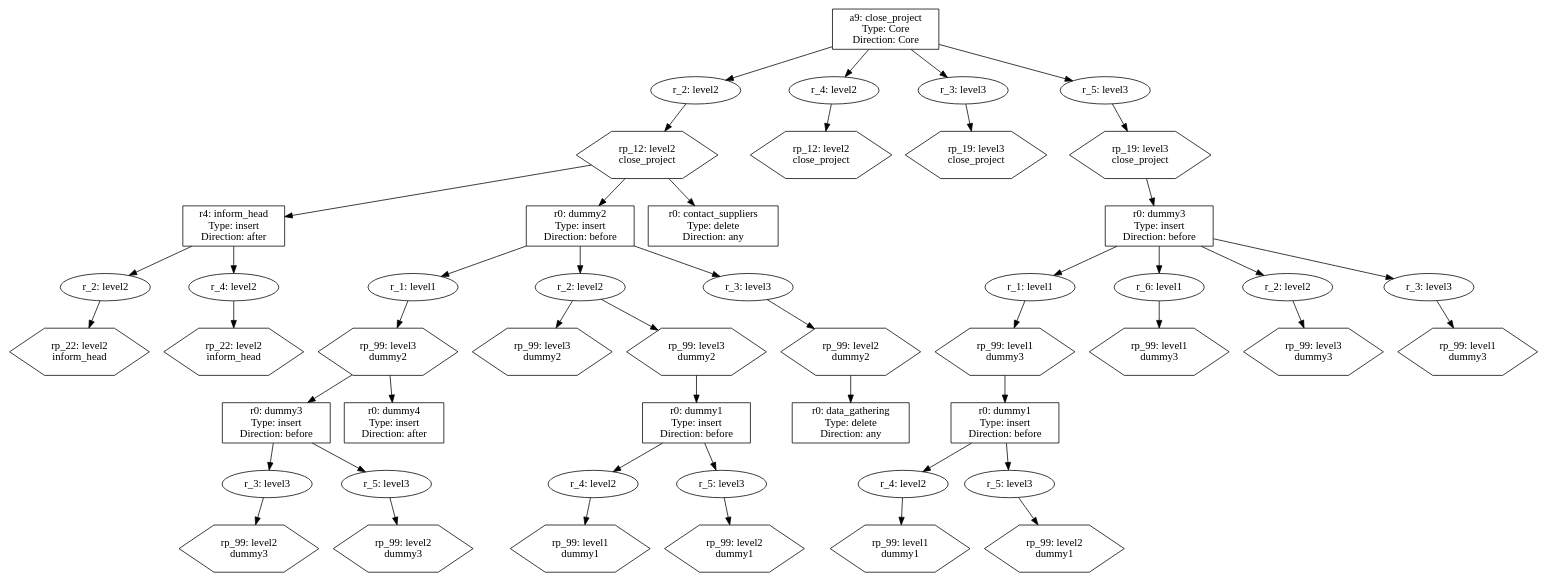
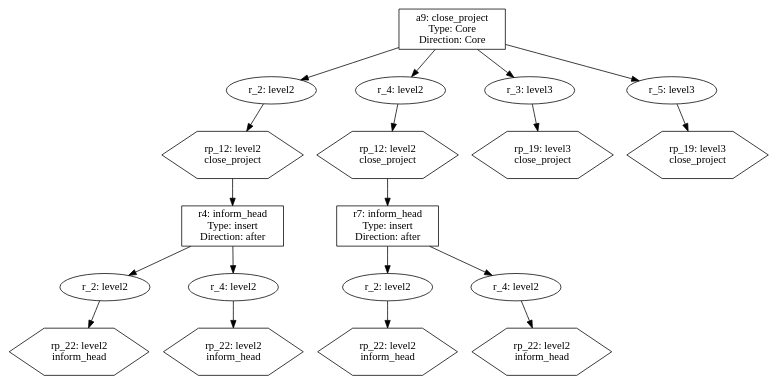
One commit to Schlixmann/RA-RPST-Allocation changed the diagram in tree_allocation/tree/tmp/call_tree.dot. Above: the diagram before and after it, drawn with Graphviz. The commit also changed 39 other files, not shown here.

```diff
--- a/tree_allocation/tree/tmp/call_tree.dot
+++ b/tree_allocation/tree/tmp/call_tree.dot
@@ -1,139 +1,53 @@
 digraph CallTree {
-	"ef886788-c1ef-11ee-a724-04cf4b795879" [label = "a9: close_project 
+	"106a0348-c5fc-11ee-a58a-04cf4b795879" [label = "a9: close_project 
  Type: Core 
  Direction: Core" shape=rectangle]	; 
-	"ef88820e-c1ef-11ee-a724-04cf4b795879" [label = "r_2: level2"]	; 
-	"ef886788-c1ef-11ee-a724-04cf4b795879" -> "ef88820e-c1ef-11ee-a724-04cf4b795879"	 ;
-	"ef88860a-c1ef-11ee-a724-04cf4b795879" [label = "rp_12: level2 
+	"106a1446-c5fc-11ee-a58a-04cf4b795879" [label = "r_2: level2"]	; 
+	"106a0348-c5fc-11ee-a58a-04cf4b795879" -> "106a1446-c5fc-11ee-a58a-04cf4b795879"	 ;
+	"106a19be-c5fc-11ee-a58a-04cf4b795879" [label = "rp_12: level2 
  close_project" shape=polygon sides=6]	; 
-	"ef88820e-c1ef-11ee-a724-04cf4b795879" -> "ef88860a-c1ef-11ee-a724-04cf4b795879"	 ;
-	"ef888844-c1ef-11ee-a724-04cf4b795879" [label = "r4: inform_head 
+	"106a1446-c5fc-11ee-a58a-04cf4b795879" -> "106a19be-c5fc-11ee-a58a-04cf4b795879"	 ;
+	"106a1c8e-c5fc-11ee-a58a-04cf4b795879" [label = "r4: inform_head 
  Type: insert 
  Direction: after" shape=rectangle]	; 
-	"ef88860a-c1ef-11ee-a724-04cf4b795879" -> "ef888844-c1ef-11ee-a724-04cf4b795879"	 ;
-	"ef888d62-c1ef-11ee-a724-04cf4b795879" [label = "r_2: level2"]	; 
-	"ef888844-c1ef-11ee-a724-04cf4b795879" -> "ef888d62-c1ef-11ee-a724-04cf4b795879"	 ;
-	"ef889168-c1ef-11ee-a724-04cf4b795879" [label = "rp_22: level2 
+	"106a19be-c5fc-11ee-a58a-04cf4b795879" -> "106a1c8e-c5fc-11ee-a58a-04cf4b795879"	 ;
+	"106a25d0-c5fc-11ee-a58a-04cf4b795879" [label = "r_2: level2"]	; 
+	"106a1c8e-c5fc-11ee-a58a-04cf4b795879" -> "106a25d0-c5fc-11ee-a58a-04cf4b795879"	 ;
+	"106a2ab2-c5fc-11ee-a58a-04cf4b795879" [label = "rp_22: level2 
  inform_head" shape=polygon sides=6]	; 
-	"ef888d62-c1ef-11ee-a724-04cf4b795879" -> "ef889168-c1ef-11ee-a724-04cf4b795879"	 ;
-	"ef889384-c1ef-11ee-a724-04cf4b795879" [label = "r_4: level2"]	; 
-	"ef888844-c1ef-11ee-a724-04cf4b795879" -> "ef889384-c1ef-11ee-a724-04cf4b795879"	 ;
-	"ef88971c-c1ef-11ee-a724-04cf4b795879" [label = "rp_22: level2 
+	"106a25d0-c5fc-11ee-a58a-04cf4b795879" -> "106a2ab2-c5fc-11ee-a58a-04cf4b795879"	 ;
+	"106a2db4-c5fc-11ee-a58a-04cf4b795879" [label = "r_4: level2"]	; 
+	"106a1c8e-c5fc-11ee-a58a-04cf4b795879" -> "106a2db4-c5fc-11ee-a58a-04cf4b795879"	 ;
+	"106a3390-c5fc-11ee-a58a-04cf4b795879" [label = "rp_22: level2 
  inform_head" shape=polygon sides=6]	; 
-	"ef889384-c1ef-11ee-a724-04cf4b795879" -> "ef88971c-c1ef-11ee-a724-04cf4b795879"	 ;
-	"ef889938-c1ef-11ee-a724-04cf4b795879" [label = "r0: dummy2 
- Type: insert 
- Direction: before" shape=rectangle]	; 
-	"ef88860a-c1ef-11ee-a724-04cf4b795879" -> "ef889938-c1ef-11ee-a724-04cf4b795879"	 ;
-	"ef88a48c-c1ef-11ee-a724-04cf4b795879" [label = "r_1: level1"]	; 
-	"ef889938-c1ef-11ee-a724-04cf4b795879" -> "ef88a48c-c1ef-11ee-a724-04cf4b795879"	 ;
-	"ef88a8ec-c1ef-11ee-a724-04cf4b795879" [label = "rp_99: level3 
- dummy2" shape=polygon sides=6]	; 
-	"ef88a48c-c1ef-11ee-a724-04cf4b795879" -> "ef88a8ec-c1ef-11ee-a724-04cf4b795879"	 ;
-	"ef88ab76-c1ef-11ee-a724-04cf4b795879" [label = "r0: dummy3 
- Type: insert 
- Direction: before" shape=rectangle]	; 
-	"ef88a8ec-c1ef-11ee-a724-04cf4b795879" -> "ef88ab76-c1ef-11ee-a724-04cf4b795879"	 ;
-	"ef88b0e4-c1ef-11ee-a724-04cf4b795879" [label = "r_3: level3"]	; 
-	"ef88ab76-c1ef-11ee-a724-04cf4b795879" -> "ef88b0e4-c1ef-11ee-a724-04cf4b795879"	 ;
-	"ef88b4d6-c1ef-11ee-a724-04cf4b795879" [label = "rp_99: level2 
- dummy3" shape=polygon sides=6]	; 
-	"ef88b0e4-c1ef-11ee-a724-04cf4b795879" -> "ef88b4d6-c1ef-11ee-a724-04cf4b795879"	 ;
-	"ef88b756-c1ef-11ee-a724-04cf4b795879" [label = "r_5: level3"]	; 
-	"ef88ab76-c1ef-11ee-a724-04cf4b795879" -> "ef88b756-c1ef-11ee-a724-04cf4b795879"	 ;
-	"ef88bb02-c1ef-11ee-a724-04cf4b795879" [label = "rp_99: level2 
- dummy3" shape=polygon sides=6]	; 
-	"ef88b756-c1ef-11ee-a724-04cf4b795879" -> "ef88bb02-c1ef-11ee-a724-04cf4b795879"	 ;
-	"ef88bd14-c1ef-11ee-a724-04cf4b795879" [label = "r0: dummy4 
+	"106a2db4-c5fc-11ee-a58a-04cf4b795879" -> "106a3390-c5fc-11ee-a58a-04cf4b795879"	 ;
+	"106a3700-c5fc-11ee-a58a-04cf4b795879" [label = "r_4: level2"]	; 
+	"106a0348-c5fc-11ee-a58a-04cf4b795879" -> "106a3700-c5fc-11ee-a58a-04cf4b795879"	 ;
+	"106a3bec-c5fc-11ee-a58a-04cf4b795879" [label = "rp_12: level2 
+ close_project" shape=polygon sides=6]	; 
+	"106a3700-c5fc-11ee-a58a-04cf4b795879" -> "106a3bec-c5fc-11ee-a58a-04cf4b795879"	 ;
+	"106a3e6c-c5fc-11ee-a58a-04cf4b795879" [label = "r7: inform_head 
  Type: insert 
  Direction: after" shape=rectangle]	; 
-	"ef88a8ec-c1ef-11ee-a724-04cf4b795879" -> "ef88bd14-c1ef-11ee-a724-04cf4b795879"	 ;
-	"ef88c0fc-c1ef-11ee-a724-04cf4b795879" [label = "r_2: level2"]	; 
-	"ef889938-c1ef-11ee-a724-04cf4b795879" -> "ef88c0fc-c1ef-11ee-a724-04cf4b795879"	 ;
-	"ef88c4da-c1ef-11ee-a724-04cf4b795879" [label = "rp_99: level3 
- dummy2" shape=polygon sides=6]	; 
-	"ef88c0fc-c1ef-11ee-a724-04cf4b795879" -> "ef88c4da-c1ef-11ee-a724-04cf4b795879"	 ;
-	"ef88c6ec-c1ef-11ee-a724-04cf4b795879" [label = "rp_99: level3 
- dummy2" shape=polygon sides=6]	; 
-	"ef88c0fc-c1ef-11ee-a724-04cf4b795879" -> "ef88c6ec-c1ef-11ee-a724-04cf4b795879"	 ;
-	"ef88c908-c1ef-11ee-a724-04cf4b795879" [label = "r0: dummy1 
- Type: insert 
- Direction: before" shape=rectangle]	; 
-	"ef88c6ec-c1ef-11ee-a724-04cf4b795879" -> "ef88c908-c1ef-11ee-a724-04cf4b795879"	 ;
-	"ef88ce80-c1ef-11ee-a724-04cf4b795879" [label = "r_4: level2"]	; 
-	"ef88c908-c1ef-11ee-a724-04cf4b795879" -> "ef88ce80-c1ef-11ee-a724-04cf4b795879"	 ;
-	"ef88d254-c1ef-11ee-a724-04cf4b795879" [label = "rp_99: level1 
- dummy1" shape=polygon sides=6]	; 
-	"ef88ce80-c1ef-11ee-a724-04cf4b795879" -> "ef88d254-c1ef-11ee-a724-04cf4b795879"	 ;
-	"ef88d4ca-c1ef-11ee-a724-04cf4b795879" [label = "r_5: level3"]	; 
-	"ef88c908-c1ef-11ee-a724-04cf4b795879" -> "ef88d4ca-c1ef-11ee-a724-04cf4b795879"	 ;
-	"ef88d8d0-c1ef-11ee-a724-04cf4b795879" [label = "rp_99: level2 
- dummy1" shape=polygon sides=6]	; 
-	"ef88d4ca-c1ef-11ee-a724-04cf4b795879" -> "ef88d8d0-c1ef-11ee-a724-04cf4b795879"	 ;
-	"ef88db0a-c1ef-11ee-a724-04cf4b795879" [label = "r_3: level3"]	; 
-	"ef889938-c1ef-11ee-a724-04cf4b795879" -> "ef88db0a-c1ef-11ee-a724-04cf4b795879"	 ;
-	"ef88deca-c1ef-11ee-a724-04cf4b795879" [label = "rp_99: level2 
- dummy2" shape=polygon sides=6]	; 
-	"ef88db0a-c1ef-11ee-a724-04cf4b795879" -> "ef88deca-c1ef-11ee-a724-04cf4b795879"	 ;
-	"ef88e0f0-c1ef-11ee-a724-04cf4b795879" [label = "r0: data_gathering 
- Type: delete 
- Direction: any" shape=rectangle]	; 
-	"ef88deca-c1ef-11ee-a724-04cf4b795879" -> "ef88e0f0-c1ef-11ee-a724-04cf4b795879"	 ;
-	"ef88e51e-c1ef-11ee-a724-04cf4b795879" [label = "r0: contact_suppliers 
- Type: delete 
- Direction: any" shape=rectangle]	; 
-	"ef88860a-c1ef-11ee-a724-04cf4b795879" -> "ef88e51e-c1ef-11ee-a724-04cf4b795879"	 ;
-	"ef88e910-c1ef-11ee-a724-04cf4b795879" [label = "r_4: level2"]	; 
-	"ef886788-c1ef-11ee-a724-04cf4b795879" -> "ef88e910-c1ef-11ee-a724-04cf4b795879"	 ;
-	"ef88ed2a-c1ef-11ee-a724-04cf4b795879" [label = "rp_12: level2 
+	"106a3bec-c5fc-11ee-a58a-04cf4b795879" -> "106a3e6c-c5fc-11ee-a58a-04cf4b795879"	 ;
+	"106a44b6-c5fc-11ee-a58a-04cf4b795879" [label = "r_2: level2"]	; 
+	"106a3e6c-c5fc-11ee-a58a-04cf4b795879" -> "106a44b6-c5fc-11ee-a58a-04cf4b795879"	 ;
+	"106a4970-c5fc-11ee-a58a-04cf4b795879" [label = "rp_22: level2 
+ inform_head" shape=polygon sides=6]	; 
+	"106a44b6-c5fc-11ee-a58a-04cf4b795879" -> "106a4970-c5fc-11ee-a58a-04cf4b795879"	 ;
+	"106a4bf0-c5fc-11ee-a58a-04cf4b795879" [label = "r_4: level2"]	; 
+	"106a3e6c-c5fc-11ee-a58a-04cf4b795879" -> "106a4bf0-c5fc-11ee-a58a-04cf4b795879"	 ;
+	"106a5000-c5fc-11ee-a58a-04cf4b795879" [label = "rp_22: level2 
+ inform_head" shape=polygon sides=6]	; 
+	"106a4bf0-c5fc-11ee-a58a-04cf4b795879" -> "106a5000-c5fc-11ee-a58a-04cf4b795879"	 ;
+	"106a526c-c5fc-11ee-a58a-04cf4b795879" [label = "r_3: level3"]	; 
+	"106a0348-c5fc-11ee-a58a-04cf4b795879" -> "106a526c-c5fc-11ee-a58a-04cf4b795879"	 ;
+	"106a569a-c5fc-11ee-a58a-04cf4b795879" [label = "rp_19: level3 
  close_project" shape=polygon sides=6]	; 
-	"ef88e910-c1ef-11ee-a724-04cf4b795879" -> "ef88ed2a-c1ef-11ee-a724-04cf4b795879"	 ;
-	"ef88ef5a-c1ef-11ee-a724-04cf4b795879" [label = "r_3: level3"]	; 
-	"ef886788-c1ef-11ee-a724-04cf4b795879" -> "ef88ef5a-c1ef-11ee-a724-04cf4b795879"	 ;
-	"ef88f2fc-c1ef-11ee-a724-04cf4b795879" [label = "rp_19: level3 
+	"106a526c-c5fc-11ee-a58a-04cf4b795879" -> "106a569a-c5fc-11ee-a58a-04cf4b795879"	 ;
+	"106a58fc-c5fc-11ee-a58a-04cf4b795879" [label = "r_5: level3"]	; 
+	"106a0348-c5fc-11ee-a58a-04cf4b795879" -> "106a58fc-c5fc-11ee-a58a-04cf4b795879"	 ;
+	"106a5d02-c5fc-11ee-a58a-04cf4b795879" [label = "rp_19: level3 
  close_project" shape=polygon sides=6]	; 
-	"ef88ef5a-c1ef-11ee-a724-04cf4b795879" -> "ef88f2fc-c1ef-11ee-a724-04cf4b795879"	 ;
-	"ef88f504-c1ef-11ee-a724-04cf4b795879" [label = "r_5: level3"]	; 
-	"ef886788-c1ef-11ee-a724-04cf4b795879" -> "ef88f504-c1ef-11ee-a724-04cf4b795879"	 ;
-	"ef88f892-c1ef-11ee-a724-04cf4b795879" [label = "rp_19: level3 
- close_project" shape=polygon sides=6]	; 
-	"ef88f504-c1ef-11ee-a724-04cf4b795879" -> "ef88f892-c1ef-11ee-a724-04cf4b795879"	 ;
-	"ef88fb08-c1ef-11ee-a724-04cf4b795879" [label = "r0: dummy3 
- Type: insert 
- Direction: before" shape=rectangle]	; 
-	"ef88f892-c1ef-11ee-a724-04cf4b795879" -> "ef88fb08-c1ef-11ee-a724-04cf4b795879"	 ;
-	"ef890382-c1ef-11ee-a724-04cf4b795879" [label = "r_1: level1"]	; 
-	"ef88fb08-c1ef-11ee-a724-04cf4b795879" -> "ef890382-c1ef-11ee-a724-04cf4b795879"	 ;
-	"ef890738-c1ef-11ee-a724-04cf4b795879" [label = "rp_99: level1 
- dummy3" shape=polygon sides=6]	; 
-	"ef890382-c1ef-11ee-a724-04cf4b795879" -> "ef890738-c1ef-11ee-a724-04cf4b795879"	 ;
-	"ef89094a-c1ef-11ee-a724-04cf4b795879" [label = "r0: dummy1 
- Type: insert 
- Direction: before" shape=rectangle]	; 
-	"ef890738-c1ef-11ee-a724-04cf4b795879" -> "ef89094a-c1ef-11ee-a724-04cf4b795879"	 ;
-	"ef890e7c-c1ef-11ee-a724-04cf4b795879" [label = "r_4: level2"]	; 
-	"ef89094a-c1ef-11ee-a724-04cf4b795879" -> "ef890e7c-c1ef-11ee-a724-04cf4b795879"	 ;
-	"ef891228-c1ef-11ee-a724-04cf4b795879" [label = "rp_99: level1 
- dummy1" shape=polygon sides=6]	; 
-	"ef890e7c-c1ef-11ee-a724-04cf4b795879" -> "ef891228-c1ef-11ee-a724-04cf4b795879"	 ;
-	"ef891426-c1ef-11ee-a724-04cf4b795879" [label = "r_5: level3"]	; 
-	"ef89094a-c1ef-11ee-a724-04cf4b795879" -> "ef891426-c1ef-11ee-a724-04cf4b795879"	 ;
-	"ef8917be-c1ef-11ee-a724-04cf4b795879" [label = "rp_99: level2 
- dummy1" shape=polygon sides=6]	; 
-	"ef891426-c1ef-11ee-a724-04cf4b795879" -> "ef8917be-c1ef-11ee-a724-04cf4b795879"	 ;
-	"ef8919da-c1ef-11ee-a724-04cf4b795879" [label = "r_6: level1"]	; 
-	"ef88fb08-c1ef-11ee-a724-04cf4b795879" -> "ef8919da-c1ef-11ee-a724-04cf4b795879"	 ;
-	"ef891d72-c1ef-11ee-a724-04cf4b795879" [label = "rp_99: level1 
- dummy3" shape=polygon sides=6]	; 
-	"ef8919da-c1ef-11ee-a724-04cf4b795879" -> "ef891d72-c1ef-11ee-a724-04cf4b795879"	 ;
-	"ef891f70-c1ef-11ee-a724-04cf4b795879" [label = "r_2: level2"]	; 
-	"ef88fb08-c1ef-11ee-a724-04cf4b795879" -> "ef891f70-c1ef-11ee-a724-04cf4b795879"	 ;
-	"ef8922ea-c1ef-11ee-a724-04cf4b795879" [label = "rp_99: level3 
- dummy3" shape=polygon sides=6]	; 
-	"ef891f70-c1ef-11ee-a724-04cf4b795879" -> "ef8922ea-c1ef-11ee-a724-04cf4b795879"	 ;
-	"ef8924fc-c1ef-11ee-a724-04cf4b795879" [label = "r_3: level3"]	; 
-	"ef88fb08-c1ef-11ee-a724-04cf4b795879" -> "ef8924fc-c1ef-11ee-a724-04cf4b795879"	 ;
-	"ef8928e4-c1ef-11ee-a724-04cf4b795879" [label = "rp_99: level1 
- dummy3" shape=polygon sides=6]	; 
-	"ef8924fc-c1ef-11ee-a724-04cf4b795879" -> "ef8928e4-c1ef-11ee-a724-04cf4b795879"	 ;
+	"106a58fc-c5fc-11ee-a58a-04cf4b795879" -> "106a5d02-c5fc-11ee-a58a-04cf4b795879"	 ;
 }
```
